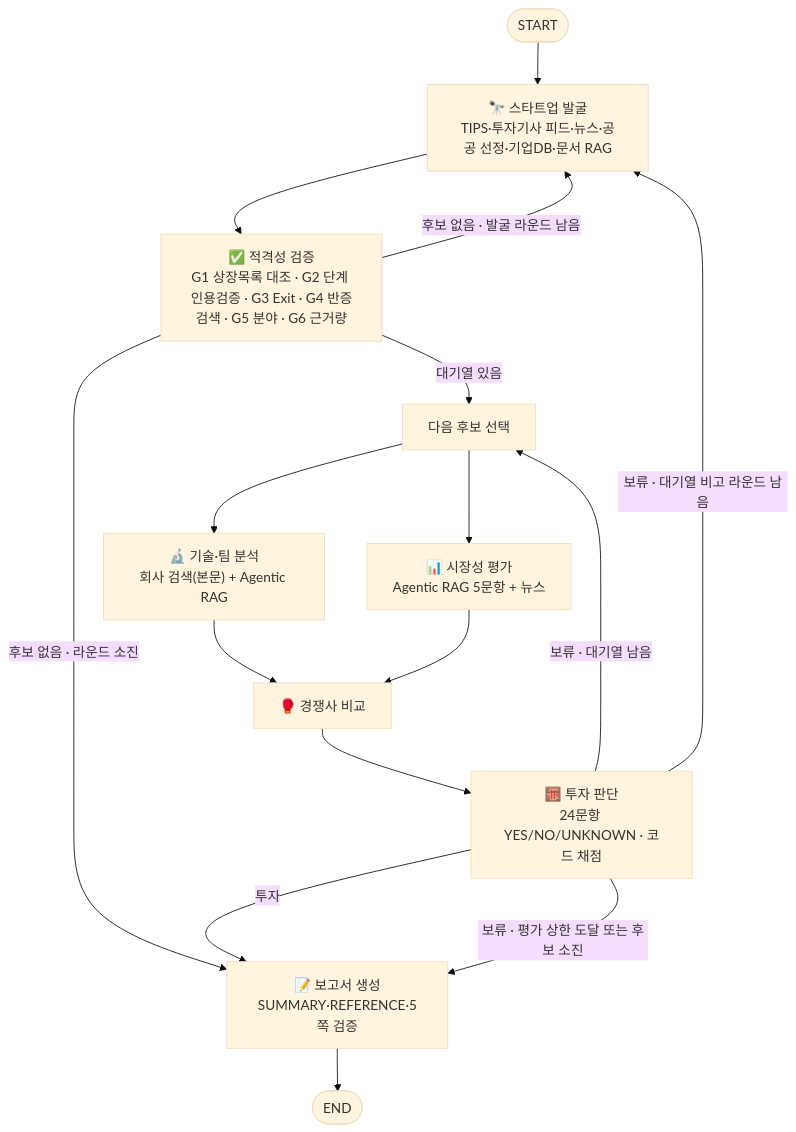
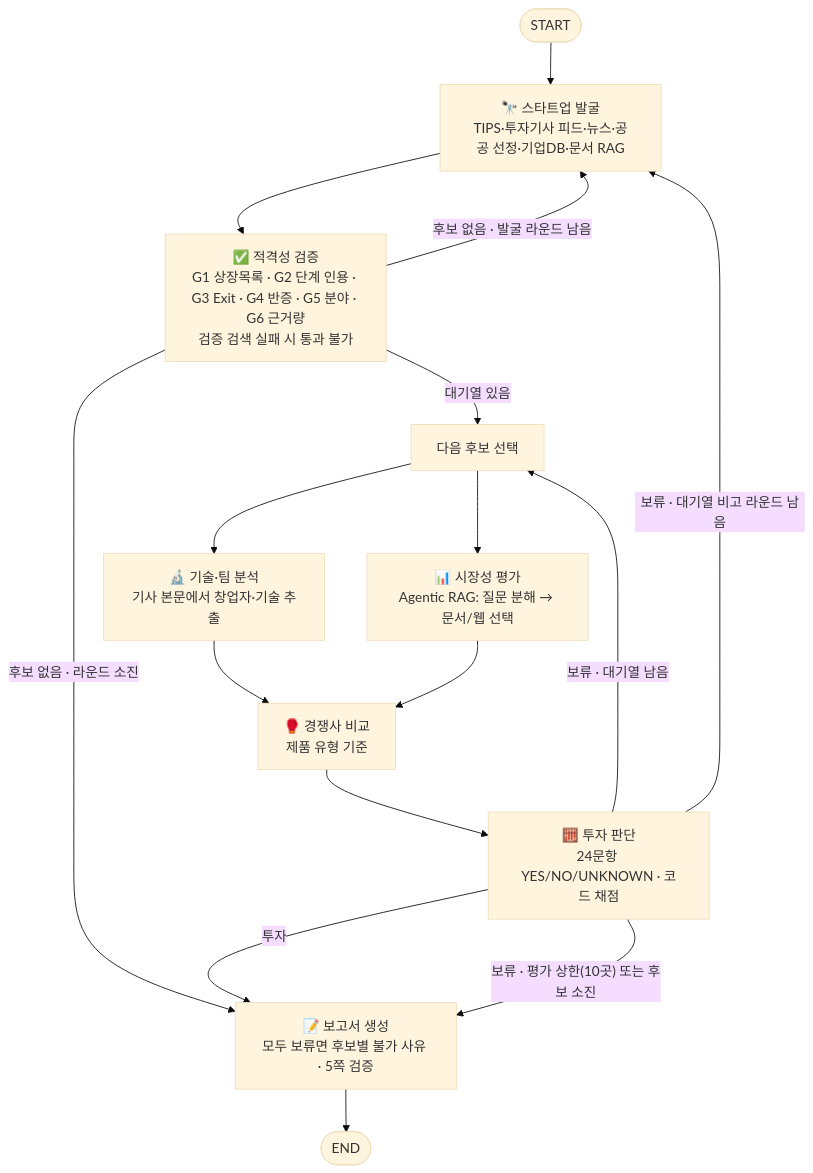
Before and after one commit to skala-smart-farm/agtech-investment-agent: the first of 2 diagrams in docs/design.md, drawn with Mermaid (base theme). The commit also changed other lines of this file and 70 other files, not shown here.

````diff
--- a/docs/design.md
+++ b/docs/design.md
@@ -357,18 +381,18 @@
 ```mermaid
 graph TD
   S([START]) --> D["🔭 스타트업 발굴<br/>TIPS·투자기사 피드·뉴스·공공 선정·기업DB·문서 RAG"]
-  D --> V["✅ 적격성 검증<br/>G1 상장목록 대조 · G2 단계 인용검증 · G3 Exit · G4 반증검색 · G5 분야 · G6 근거량"]
+  D --> V["✅ 적격성 검증<br/>G1 상장목록 · G2 단계 인용 · G3 Exit · G4 반증 · G5 분야 · G6 근거량<br/>검증 검색 실패 시 통과 불가"]
   V -->|대기열 있음| SEL["다음 후보 선택"]
   V -->|후보 없음 · 발굴 라운드 남음| D
   V -->|후보 없음 · 라운드 소진| R
-  SEL --> T["🔬 기술·팀 분석<br/>회사 검색(본문) + Agentic RAG"]
-  SEL --> M["📊 시장성 평가<br/>Agentic RAG 5문항 + 뉴스"]
-  T --> C["🥊 경쟁사 비교"]
+  SEL --> T["🔬 기술·팀 분석<br/>기사 본문에서 창업자·기술 추출"]
+  SEL --> M["📊 시장성 평가<br/>Agentic RAG: 질문 분해 → 문서/웹 선택"]
+  T --> C["🥊 경쟁사 비교<br/>제품 유형 기준"]
   M --> C
   C --> J["🧮 투자 판단<br/>24문항 YES/NO/UNKNOWN · 코드 채점"]
-  J -->|투자| R["📝 보고서 생성<br/>SUMMARY·REFERENCE·5쪽 검증"]
+  J -->|투자| R["📝 보고서 생성<br/>모두 보류면 후보별 불가 사유 · 5쪽 검증"]
   J -->|보류 · 대기열 남음| SEL
   J -->|보류 · 대기열 비고 라운드 남음| D
-  J -->|보류 · 평가 상한 도달 또는 후보 소진| R
+  J -->|"보류 · 평가 상한(10곳) 또는 후보 소진"| R
   R --> E([END])
 ```
````
